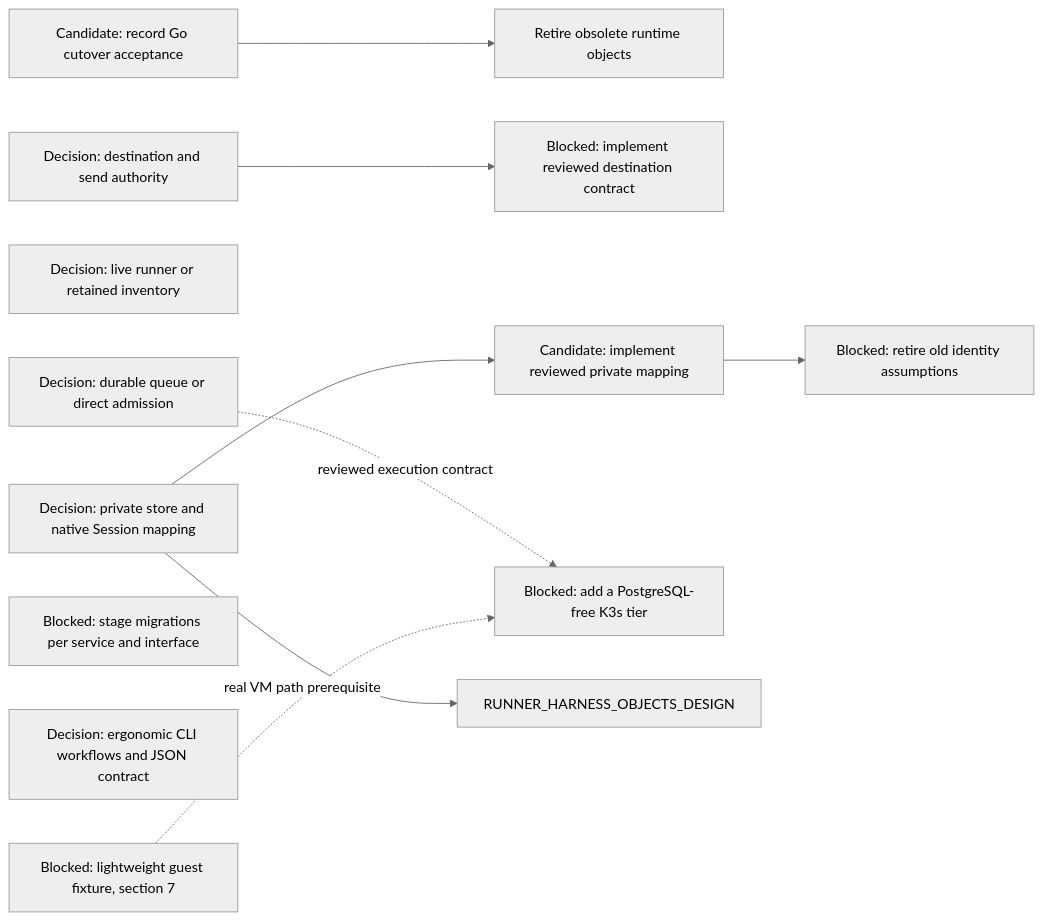
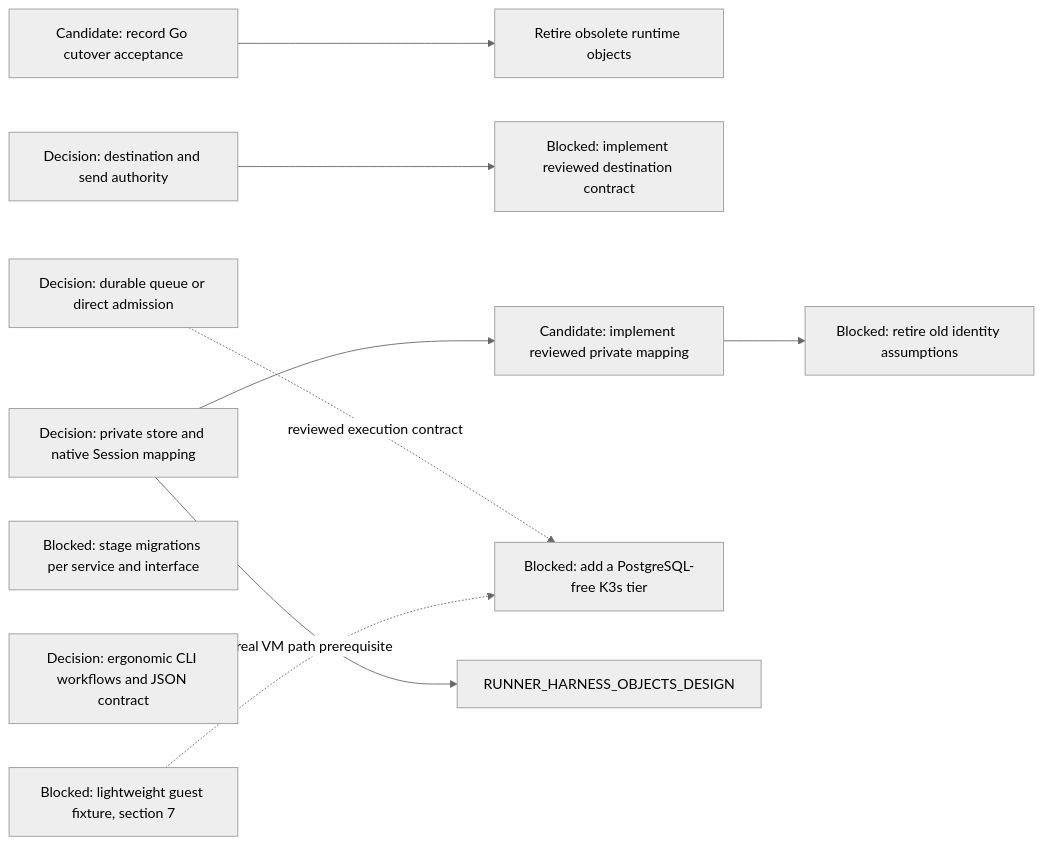
Before and after one commit to agentydragon-agent/ducktape: diagram 16 of 16 in agentplane/plans/task_dag.md, drawn with Mermaid (neutral theme). The commit also changed other lines of this file, not shown here.

First line of the commit message:
docs(agentplane): remove completed runner inventory audit task (#10857)

````diff
--- a/agentplane/plans/task_dag.md
+++ b/agentplane/plans/task_dag.md
@@ -1700,23 +1700,22 @@
 ```mermaid
 flowchart LR
     DISPATCHER_PERSISTENCE_MODEL_DESIGN[Decision: durable queue or direct admission]
     DELIVERY_UNIFIED_CUTOVER[Candidate: record Go cutover acceptance]
     DELIVERY_OLD_RUNTIME_RETIRE[Retire obsolete runtime objects]
-    RUNNER_INVENTORY_AUTHORITY_DESIGN[Decision: live runner or retained inventory]
     DELIVERY_DESTINATION_AUTHORITY_DESIGN[Decision: destination and send authority]
     DELIVERY_DESTINATION_CONTRACT[Blocked: implement reviewed destination contract]
     HARNESS_IDENTITY_DESIGN[Decision: private store and native Session mapping]
     RUNNER_STORE_SESSION_IDENTITY[Candidate: implement reviewed private mapping]
     RUNNER_IDENTITY_LEGACY_CLEANUP[Blocked: retire old identity assumptions]
     SERVICE_API_TRANSPORT_MIGRATIONS[Blocked: stage migrations per service and interface]
     AGENT_API_TOOLING_DESIGN[Decision: ergonomic CLI workflows and JSON contract]
     CNPG_FREE_K3S_INTEGRATION_TIER[Blocked: add a PostgreSQL-free K3s tier]
     K3S_VM_IMAGE[Blocked: lightweight guest fixture, section 7]
     DELIVERY_UNIFIED_CUTOVER --> DELIVERY_OLD_RUNTIME_RETIRE
     DELIVERY_DESTINATION_AUTHORITY_DESIGN --> DELIVERY_DESTINATION_CONTRACT
     RUNNER_STORE_SESSION_IDENTITY --> RUNNER_IDENTITY_LEGACY_CLEANUP
     HARNESS_IDENTITY_DESIGN --> RUNNER_STORE_SESSION_IDENTITY
     HARNESS_IDENTITY_DESIGN --> RUNNER_HARNESS_OBJECTS_DESIGN
     DISPATCHER_PERSISTENCE_MODEL_DESIGN -. reviewed execution contract .-> CNPG_FREE_K3S_INTEGRATION_TIER
     K3S_VM_IMAGE -. real VM path prerequisite .-> CNPG_FREE_K3S_INTEGRATION_TIER
 ```
````
